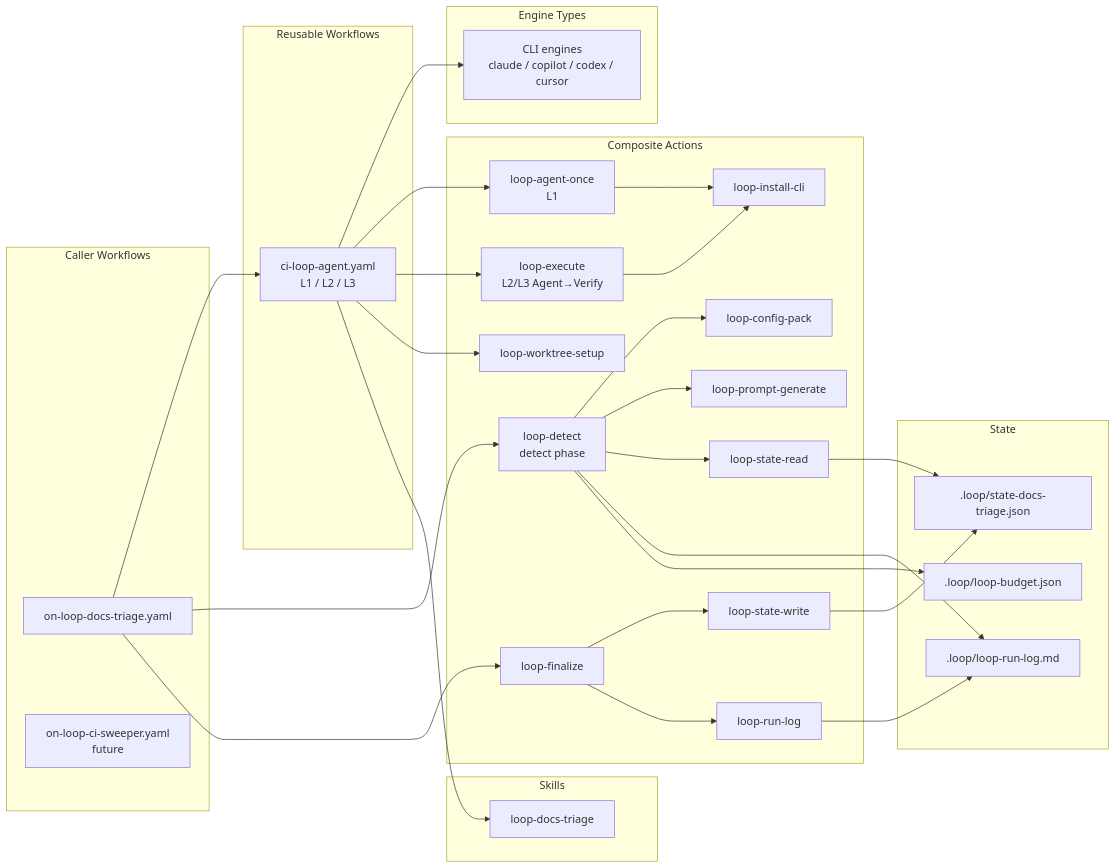
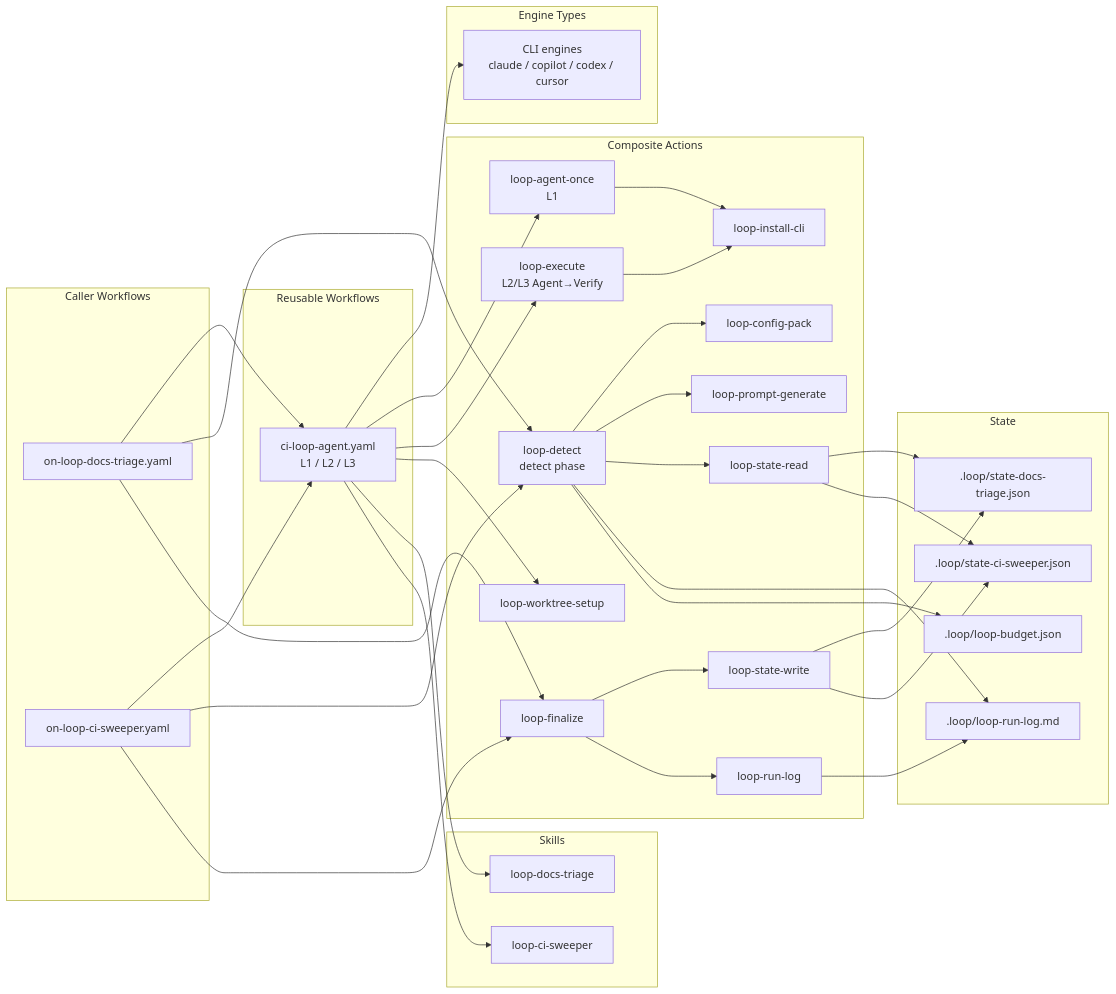
The second of 3 diagrams in docs/explanation/loop-engineering-design.md (y-miyazaki/config), drawn with Mermaid before and after one commit. The commit also changed other lines of this file and 160 other files, not shown here.

````diff
--- a/docs/explanation/loop-engineering-design.md
+++ b/docs/explanation/loop-engineering-design.md
@@ -146,67 +168,75 @@
 ```mermaid
 graph LR
     %% Caller Workflows
     subgraph callers["Caller Workflows"]
         CW1[on-loop-docs-triage.yaml]
-        CW2[on-loop-ci-sweeper.yaml<br/>future]
+        CW2[on-loop-ci-sweeper.yaml]
     end
 
     %% Reusable Workflows
     subgraph reusable["Reusable Workflows"]
         RW1[ci-loop-agent.yaml<br/>L1 / L2 / L3]
     end
 
     %% Engine Strategies
     subgraph engines["Engine Types"]
         E1[CLI engines<br/>claude / copilot / codex / cursor]
     end
 
     %% Composite Actions
     subgraph actions["Composite Actions"]
         CA0[loop-detect<br/>detect phase]
         CA1[loop-agent-once<br/>L1]
         CA2[loop-execute<br/>L2/L3 Agent→Verify]
         CA3[loop-finalize]
         CA4[loop-config-pack]
         CA5[loop-prompt-generate]
         CA6[loop-state-read]
         CA7[loop-state-write]
         CA8[loop-worktree-setup]
         CA9[loop-install-cli]
         CA10[loop-run-log]
     end
 
     %% Skills
     subgraph skills["Skills"]
         SK1[loop-docs-triage]
+        SK2[loop-ci-sweeper]
     end
 
     %% State
     subgraph state["State"]
         ST1[.loop/state-docs-triage.json]
-        ST2[.loop/loop-run-log.md]
-        ST3[.loop/loop-budget.json]
+        ST2[.loop/state-ci-sweeper.json]
+        ST3[.loop/loop-run-log.md]
+        ST4[.loop/loop-budget.json]
     end
 
     %% Relationships
     CW1 --> RW1
+    CW2 --> RW1
     CW1 --> CA0
+    CW2 --> CA0
     CW1 --> CA3
+    CW2 --> CA3
     CA0 --> CA4
     CA0 --> CA5
     CA0 --> CA6
-    CA0 --> ST2
     CA0 --> ST3
+    CA0 --> ST4
     RW1 --> E1
     RW1 --> CA1
     RW1 --> CA2
     RW1 --> CA8
     CA2 --> CA9
     CA1 --> CA9
     RW1 --> SK1
+    RW1 --> SK2
     CA3 --> CA7
     CA3 --> CA10
     CA6 --> ST1
+    CA6 --> ST2
     CA7 --> ST1
-    CA10 --> ST2
+    CA7 --> ST2
+    CA10 --> ST3
 ```
````
